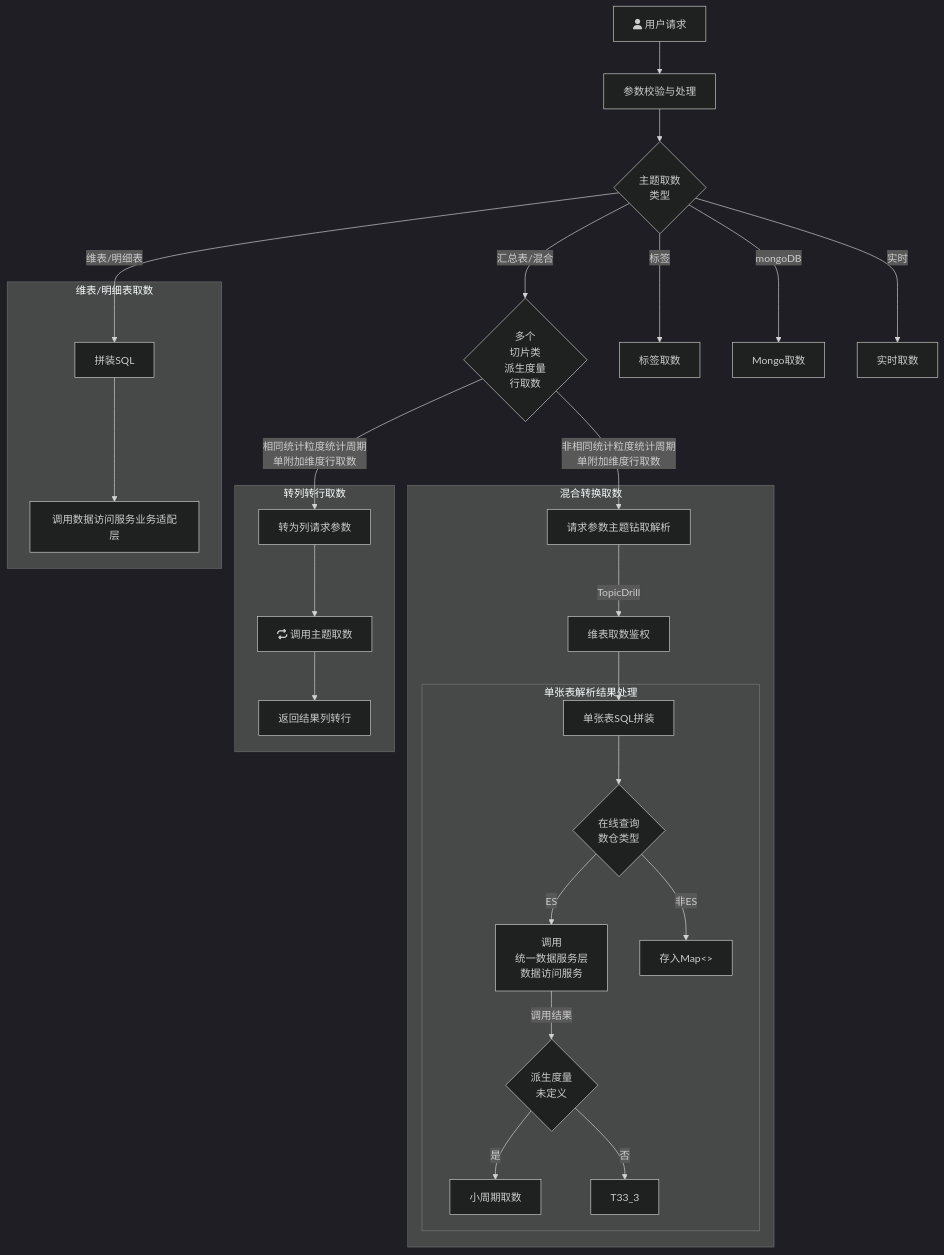
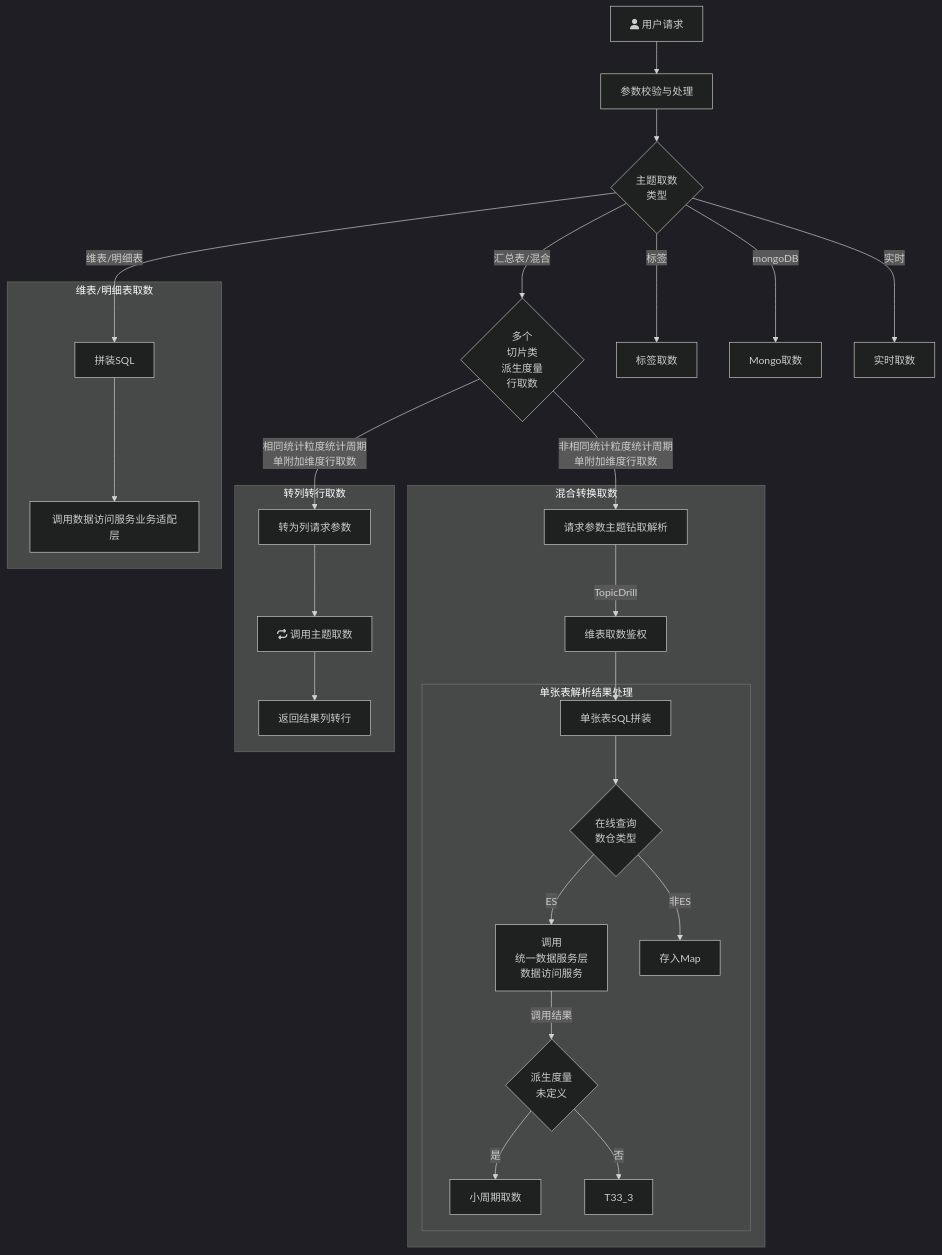
Before and after one commit to yanglosm/iodraw-files: the diagram in all/未命名.md, drawn with Mermaid (dark theme).

Commit message:
2024-11-29 19:09:02 update

````diff
--- a/all/未命名.md
+++ b/all/未命名.md
@@ -1,26 +1,26 @@
 ```mermaid
 flowchart TD
     A[fa:fa-user 用户请求] -->A1[参数校验与处理] --> B{主题取数\n类型}
     B -->|维表/明细表| D[拼装SQL]
     B -->|汇总表/混合| E{多个\n切片类\n派生度量\n行取数}
     B -->|标签| F[标签取数]
     B -->|mongoDB| G[Mongo取数]
     B -->|实时| H[实时取数]
     E -->|相同统计粒度统计周期\n单附加维度行取数| E1[转为列请求参数]
     E -->|非相同统计粒度统计周期\n单附加维度行取数| T1[请求参数主题钻取解析]
     subgraph 维表/明细表取数
     D-->D1[调用数据访问服务业务适配层]
     end
     subgraph 转列转行取数
     E1-->E11[fa:fa-repeat 调用主题取数]-->E12[返回结果列转行]
     end
     subgraph 混合转换取数
     T1-->|TopicDrill| T2[维表取数鉴权] --> T31[单张表SQL拼装]
         subgraph 单张表解析结果处理
         T31 --> T4{在线查询\n数仓类型}-->|ES|T32[调用\n统一数据服务层\n数据访问服务] --> |调用结果|T33{派生度量\n未定义}
         T33 --> |是|T33_1[小周期取数]
         T33 --> |否|T33_3
-        T4 --> |非ES|T41["存入Map<>"]
+        T4 --> |非ES|T41["存入Map<bi'a>"]
         end
     end
 ```
````
